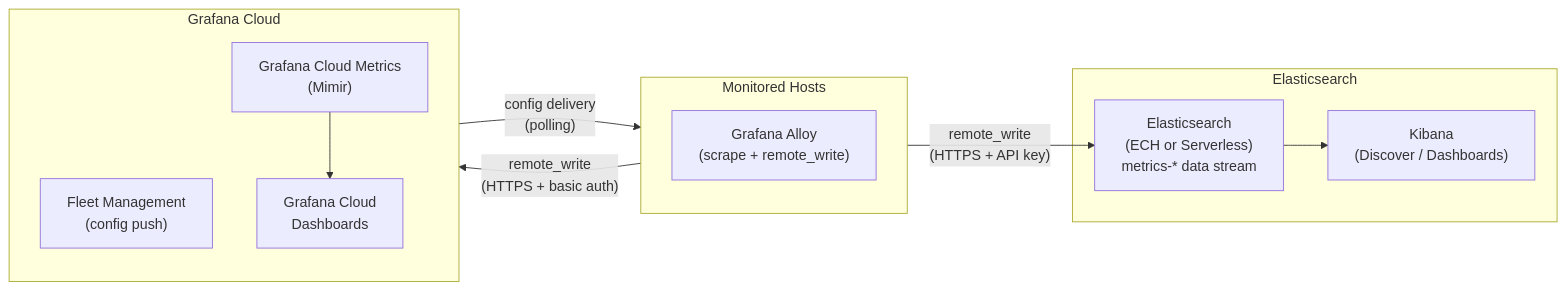
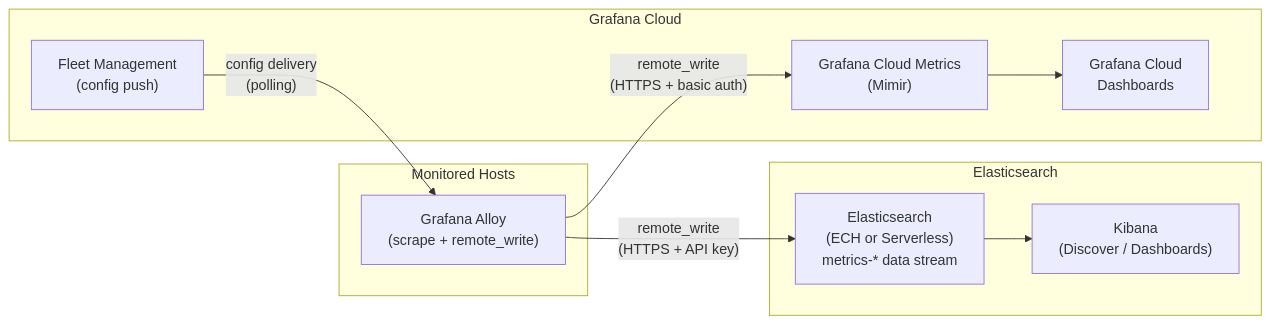
The first of 7 diagrams in README.md (bvader/metrics-2-elastic), drawn with Mermaid before and after one commit.

Commit message:
Fix first diaram

````diff
--- a/README.md
+++ b/README.md
@@ -97,25 +97,23 @@
 ```mermaid
 flowchart LR
     subgraph hosts["Monitored Hosts"]
-        direction TB
         AY1["Grafana Alloy\n(scrape + remote_write)"]
     end
 
     subgraph grafanacloud["Grafana Cloud"]
-        direction TB
         FM["Fleet Management\n(config push)"]
         GCM["Grafana Cloud Metrics\n(Mimir)"]
         GCD["Grafana Cloud\nDashboards"]
         FM -- "config delivery\n(polling)" --> AY1
         GCM --> GCD
     end
 
     subgraph elastic["Elasticsearch"]
         ES["Elasticsearch\n(ECH or Serverless)\nmetrics-* data stream"]
         KB["Kibana\n(Discover / Dashboards)"]
         ES --> KB
     end
 
     AY1 -- "remote_write\n(HTTPS + basic auth)" --> GCM
     AY1 -- "remote_write\n(HTTPS + API key)" --> ES
 ```
````
